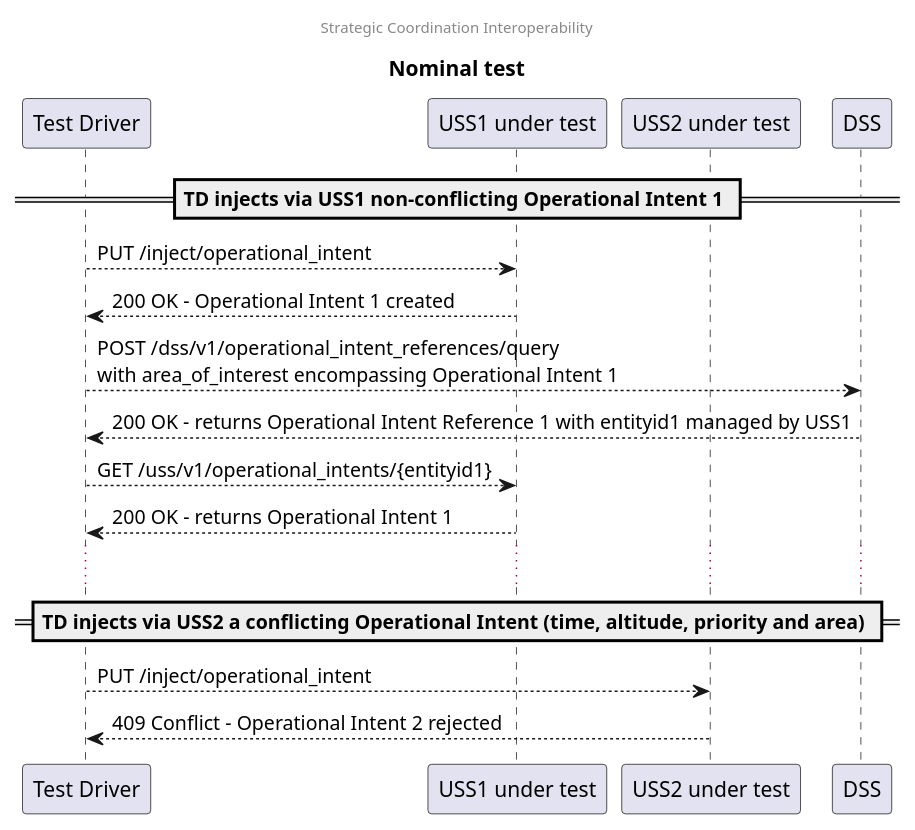
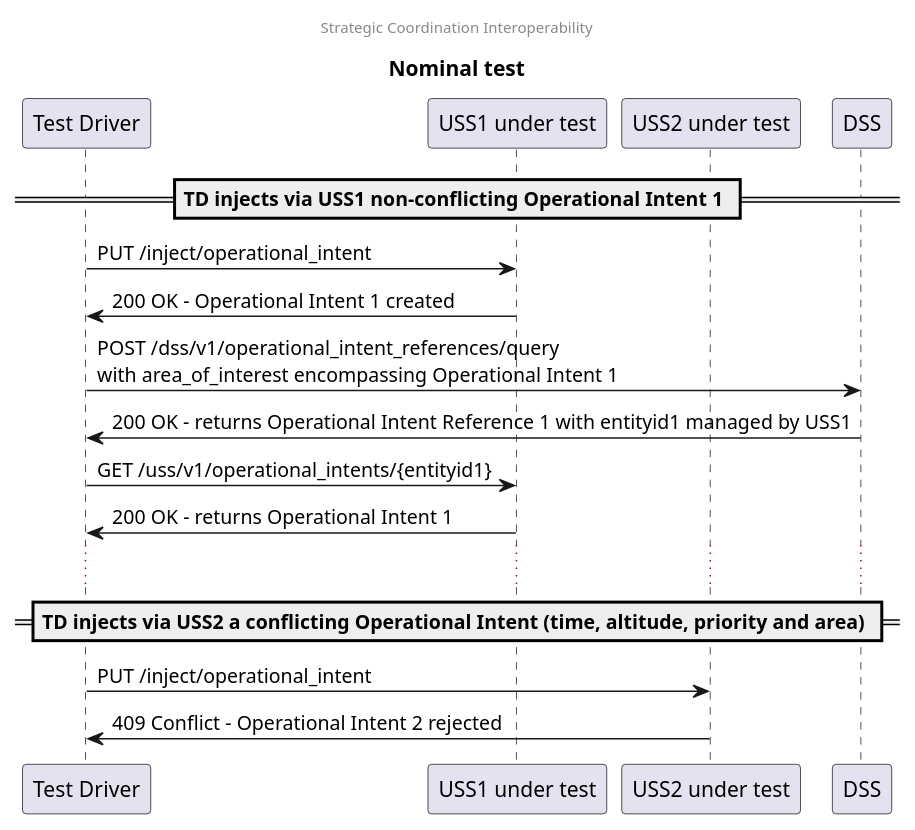
One commit to interuss/dss changed the diagram in interfaces/automated-testing/scd/design/strategic-coordination-interoperability/nominal-test.plantuml. Above: the diagram before and after it, drawn with PlantUML.

Commit message:
Change arrows

```diff
--- a/interfaces/automated-testing/scd/design/strategic-coordination-interoperability/nominal-test.plantuml
+++ b/interfaces/automated-testing/scd/design/strategic-coordination-interoperability/nominal-test.plantuml
@@ -1,28 +1,28 @@
 @startuml
 center header Strategic Coordination Interoperability
 title Nominal test
 
 participant "Test Driver" as TD
 participant "USS1 under test" as USS1
 participant "USS2 under test" as USS2
 participant "DSS"
 
 == TD injects via USS1 non-conflicting Operational Intent 1 ==
 
-TD --> USS1: PUT /inject/operational_intent
-TD <-- USS1: 200 OK - Operational Intent 1 created
+TD -> USS1: PUT /inject/operational_intent
+TD <- USS1: 200 OK - Operational Intent 1 created
 
-TD --> DSS: POST /dss/v1/operational_intent_references/query\nwith area_of_interest encompassing Operational Intent 1
-TD <-- DSS: 200 OK - returns Operational Intent Reference 1 with entityid1 managed by USS1
+TD -> DSS: POST /dss/v1/operational_intent_references/query\nwith area_of_interest encompassing Operational Intent 1
+TD <- DSS: 200 OK - returns Operational Intent Reference 1 with entityid1 managed by USS1
 
-TD --> USS1: GET /uss/v1/operational_intents/{entityid1}
-TD <-- USS1: 200 OK - returns Operational Intent 1
+TD -> USS1: GET /uss/v1/operational_intents/{entityid1}
+TD <- USS1: 200 OK - returns Operational Intent 1
 
 ...
 
 == TD injects via USS2 a conflicting Operational Intent (time, altitude, priority and area) ==
 
-TD --> USS2: PUT /inject/operational_intent
-TD <-- USS2: 409 Conflict - Operational Intent 2 rejected
+TD -> USS2: PUT /inject/operational_intent
+TD <- USS2: 409 Conflict - Operational Intent 2 rejected
 
 @enduml
```
